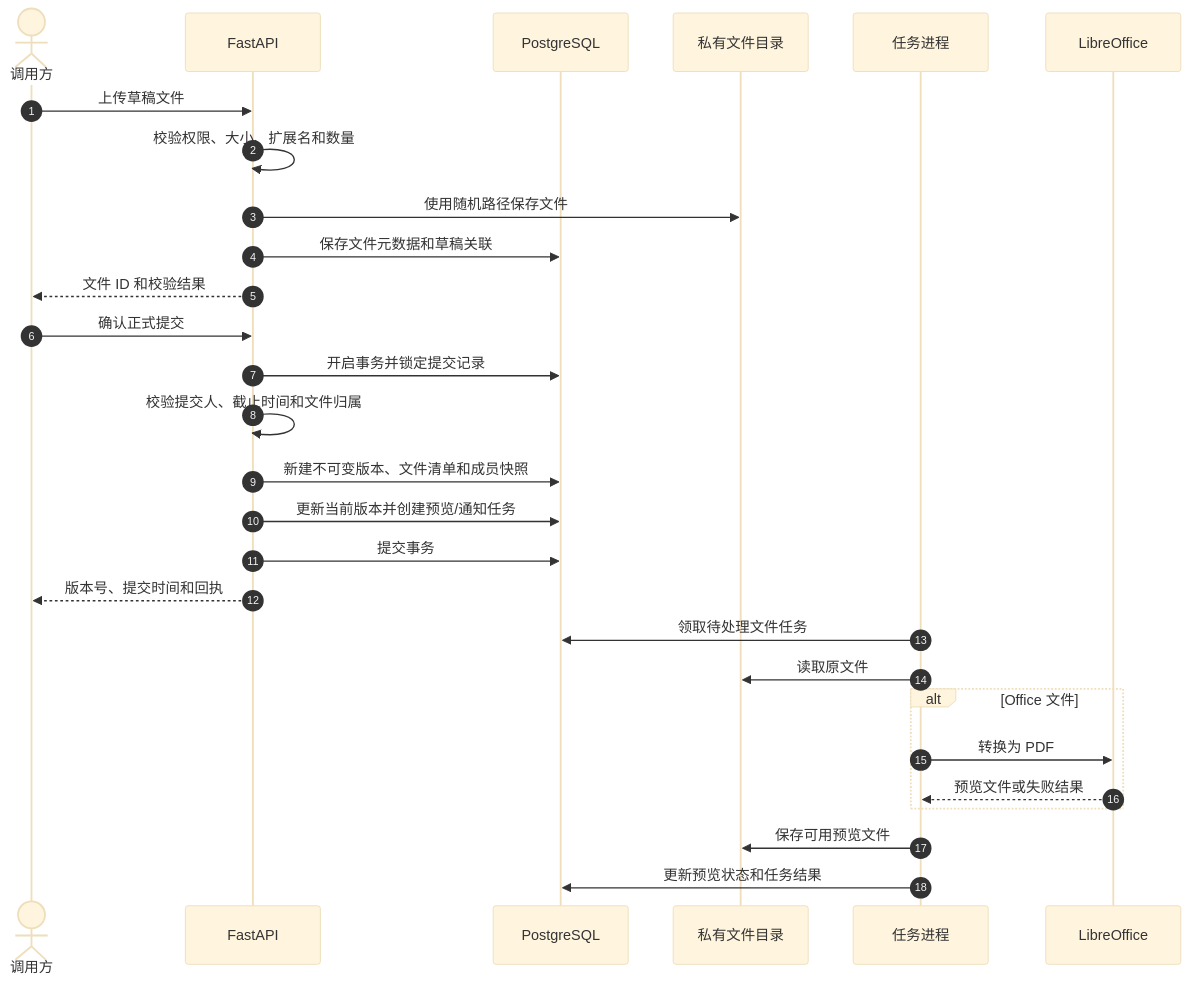
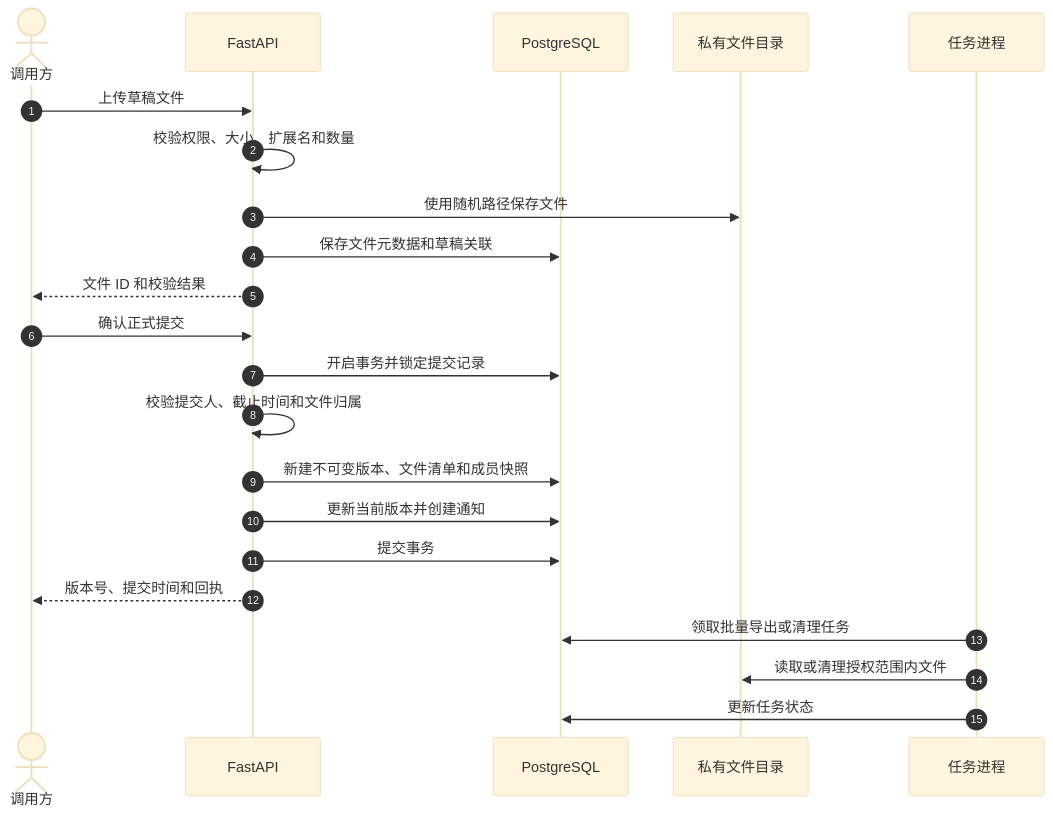
Before and after one commit to jackli5541/rjgc-zy-system: the fifth of 5 diagrams in docs/系统架构设计.md, drawn with Mermaid (base theme). The commit also changed other lines of this file and 27 other files, not shown here.

````diff
--- a/docs/系统架构设计.md
+++ b/docs/系统架构设计.md
@@ -375,33 +373,27 @@
 ```mermaid
 sequenceDiagram
     autonumber
     actor Caller as 调用方
     participant API as FastAPI
     participant DB as PostgreSQL
     participant FS as 私有文件目录
     participant Task as 任务进程
-    participant Office as LibreOffice
 
     Caller->>API: 上传草稿文件
     API->>API: 校验权限、大小、扩展名和数量
     API->>FS: 使用随机路径保存文件
     API->>DB: 保存文件元数据和草稿关联
     API-->>Caller: 文件 ID 和校验结果
 
     Caller->>API: 确认正式提交
     API->>DB: 开启事务并锁定提交记录
     API->>API: 校验提交人、截止时间和文件归属
     API->>DB: 新建不可变版本、文件清单和成员快照
-    API->>DB: 更新当前版本并创建预览/通知任务
+    API->>DB: 更新当前版本并创建通知
     API->>DB: 提交事务
     API-->>Caller: 版本号、提交时间和回执
 
-    Task->>DB: 领取待处理文件任务
-    Task->>FS: 读取原文件
-    alt Office 文件
-        Task->>Office: 转换为 PDF
-        Office-->>Task: 预览文件或失败结果
-    end
-    Task->>FS: 保存可用预览文件
-    Task->>DB: 更新预览状态和任务结果
+    Task->>DB: 领取批量导出或清理任务
+    Task->>FS: 读取或清理授权范围内文件
+    Task->>DB: 更新任务状态
 ```
````
